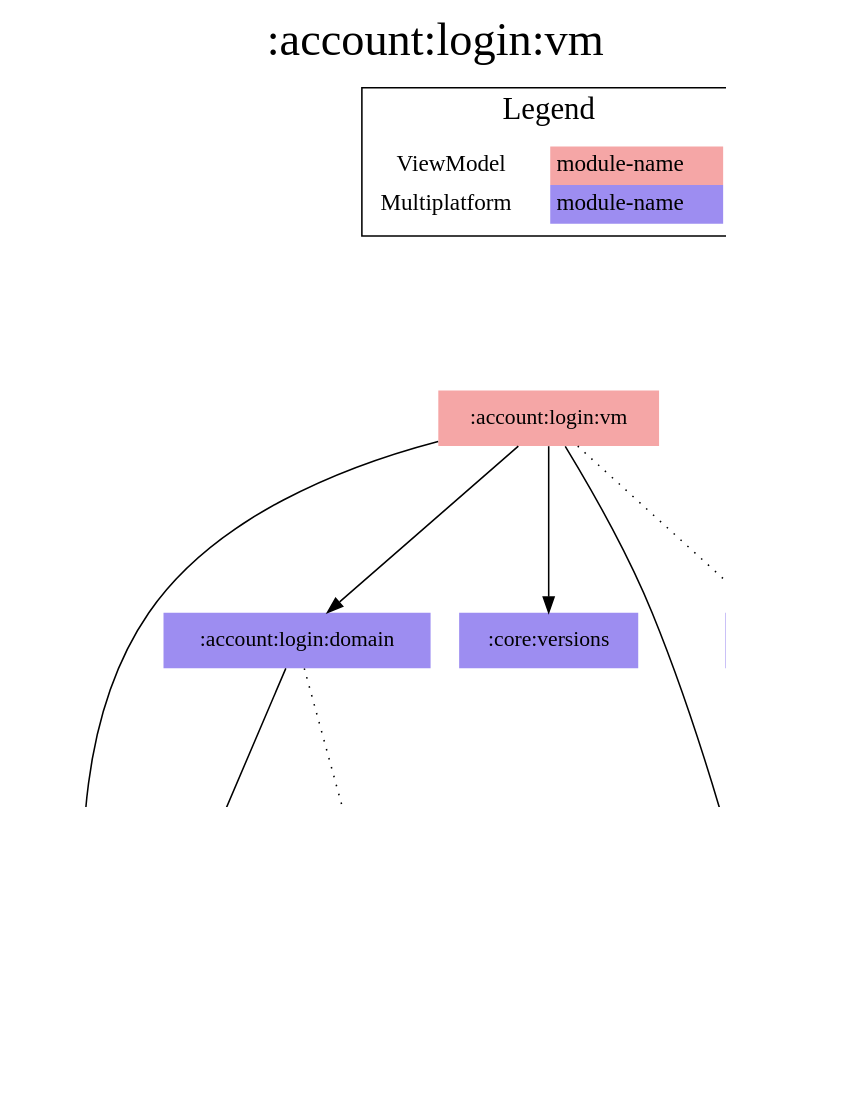
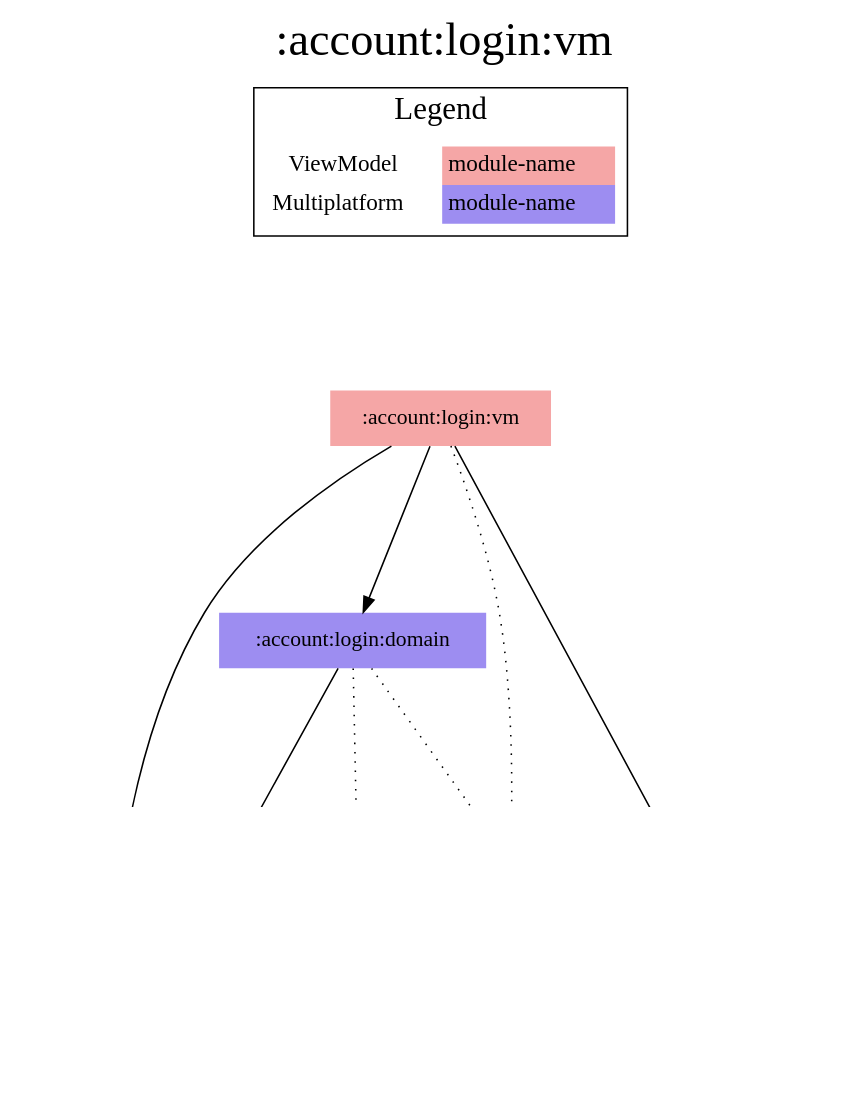
One commit to jonapoul/aktual changed the diagram in modules/account/login/vm/modules.dot. Above: the diagram before and after it, drawn with Graphviz. The commit also changed 184 other files, not shown here.

```diff
--- a/modules/account/login/vm/modules.dot
+++ b/modules/account/login/vm/modules.dot
@@ -1,40 +1,40 @@
 digraph {
 edge ["dir"="forward"]
 graph ["dpi"="100","label"=":account:login:vm","labelloc"="t","fontsize"="30","ranksep"="1.5","rankdir"="TB"]
 node ["style"="filled"]
 ":account:login:domain" ["fillcolor"="#9D8DF1","shape"="none"]
 ":account:login:vm" ["fillcolor"="#F5A6A6","shape"="none"]
 ":account:model" ["fillcolor"="#9D8DF1","shape"="none"]
 ":api:actual" ["fillcolor"="#9D8DF1","shape"="none"]
 ":budget:model" ["fillcolor"="#9D8DF1","shape"="none"]
 ":codegen:annotation" ["fillcolor"="#9D8DF1","shape"="none"]
-":core:versions" ["fillcolor"="#9D8DF1","shape"="none"]
-":url:model" ["fillcolor"="#9D8DF1","shape"="none"]
-":url:prefs" ["fillcolor"="#9D8DF1","shape"="none"]
+":core:model" ["fillcolor"="#9D8DF1","shape"="none"]
+":prefs" ["fillcolor"="#9D8DF1","shape"="none"]
 {
 edge ["dir"="none"]
 graph ["rank"="same"]
 }
 ":account:login:domain" -> ":account:model"
 ":account:login:domain" -> ":api:actual" ["style"="dotted"]
+":account:login:domain" -> ":prefs" ["style"="dotted"]
 ":account:login:vm" -> ":account:login:domain"
 ":account:login:vm" -> ":account:model"
-":account:login:vm" -> ":core:versions"
-":account:login:vm" -> ":url:model"
-":account:login:vm" -> ":url:prefs" ["style"="dotted"]
+":account:login:vm" -> ":core:model"
+":account:login:vm" -> ":prefs" ["style"="dotted"]
 ":api:actual" -> ":account:model"
 ":api:actual" -> ":budget:model"
 ":api:actual" -> ":codegen:annotation" ["style"="dotted"]
-":api:actual" -> ":url:model"
-":url:prefs" -> ":url:model"
+":api:actual" -> ":core:model"
+":prefs" -> ":account:model"
+":prefs" -> ":core:model"
 subgraph "cluster_legend" {
 edge ["dir"="none"]
 graph ["label"="Legend","fontsize"="20"]
 "Legend" ["style"="filled","fillcolor"="#FFFFFF","shape"="none","margin"="0","fontsize"="15","label"=<
 <TABLE BORDER="0" CELLBORDER="0" CELLSPACING="0" CELLPADDING="4">
 <TR><TD>ViewModel</TD><TD BGCOLOR="#F5A6A6">module-name</TD></TR>
 <TR><TD>Multiplatform</TD><TD BGCOLOR="#9D8DF1">module-name</TD></TR>
 </TABLE>
 >]
 } -> ":account:login:vm" ["style"="invis"]
 }
```
